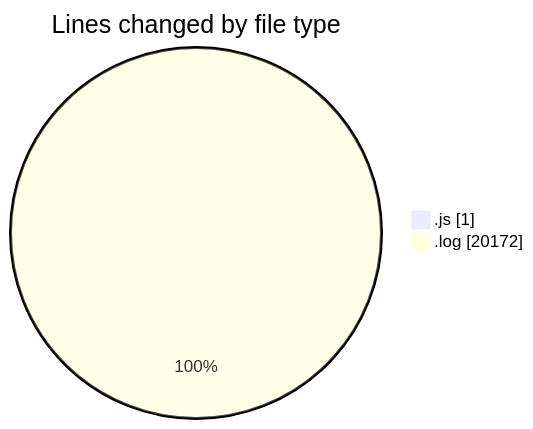
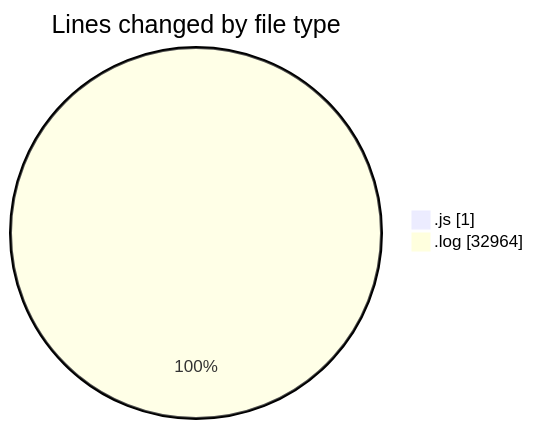
The first of 2 diagrams in 2025-05-28/nxtqube_webapp/README.md (nxtqubesakshisongat/code-tracking), drawn with Mermaid before and after one commit. The commit also changed other lines of this file and 1 other file, not shown here.

````diff
--- a/2025-05-28/nxtqube_webapp/README.md
+++ b/2025-05-28/nxtqube_webapp/README.md
@@ -21,6 +21,6 @@
 ```mermaid
 pie showData
 title Lines changed by file type
 ".js" : 1
-".log" : 20172
+".log" : 32964
 ```
````
